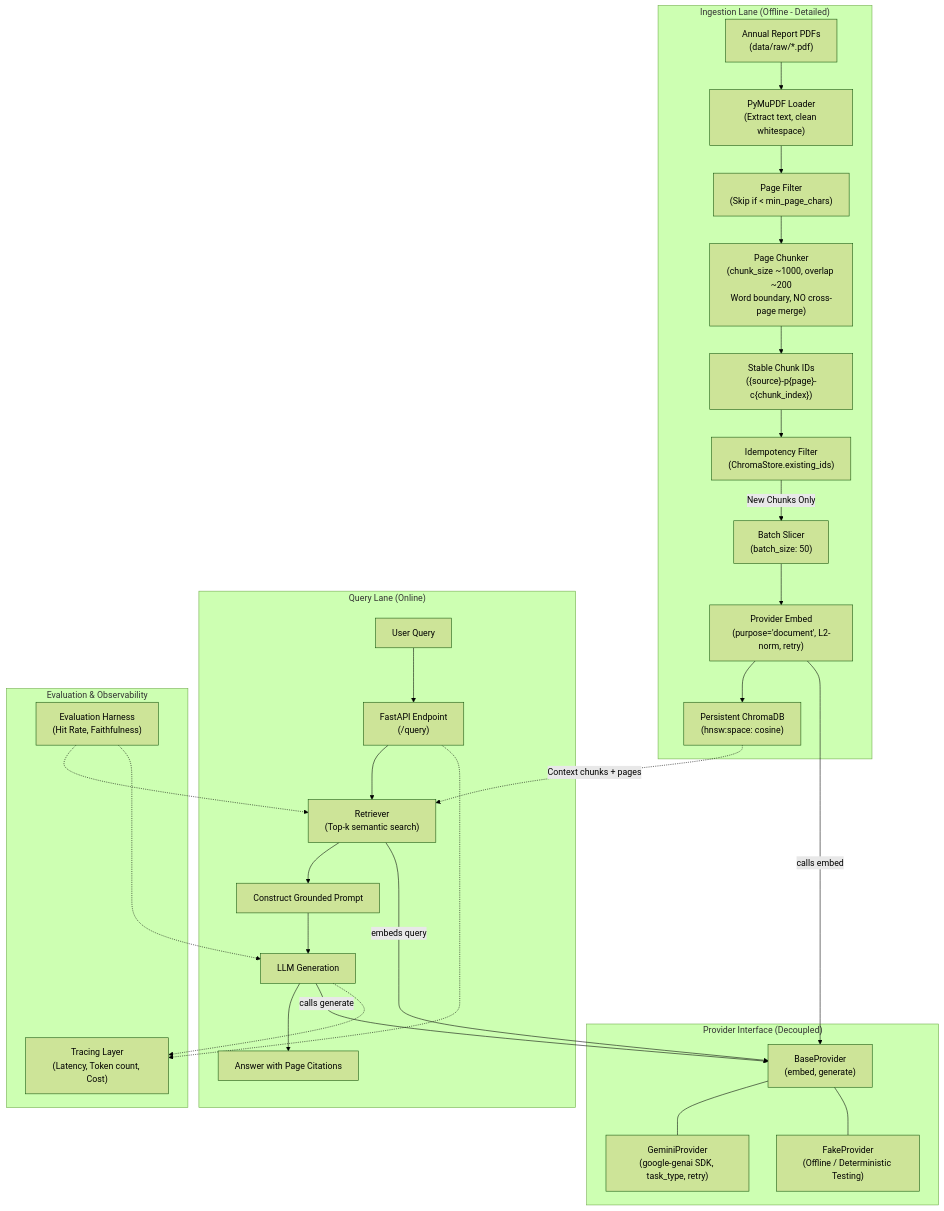
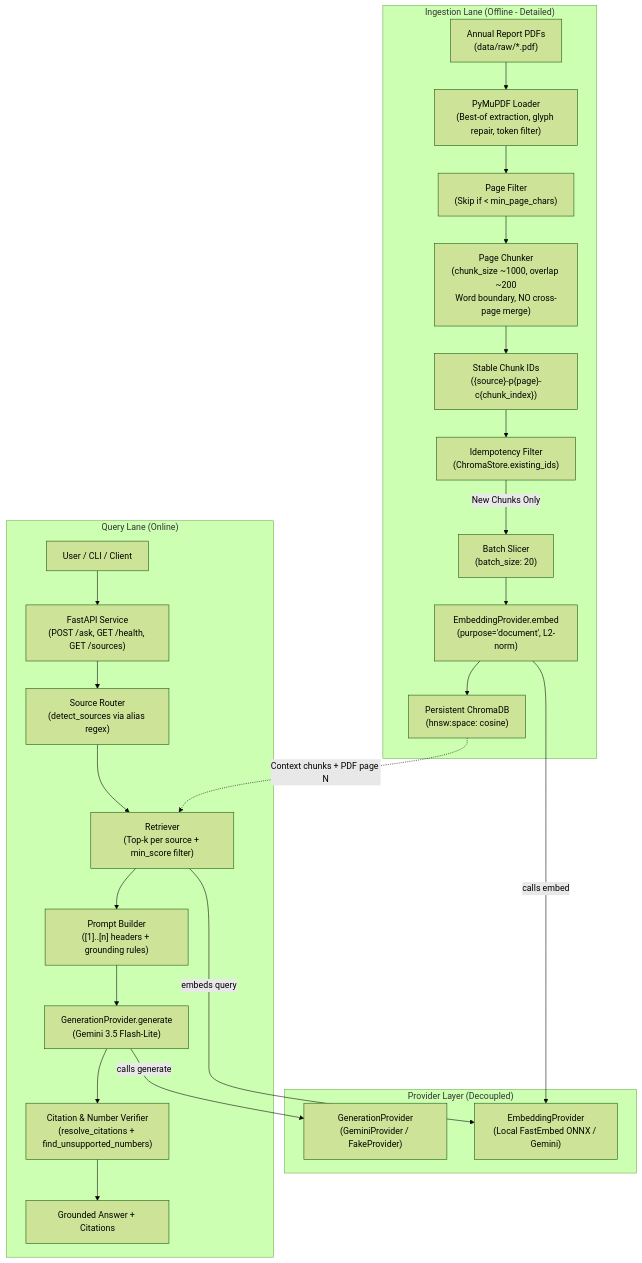
One commit to Musharraf-Bubere/annual-report-rag changed the first of 2 diagrams in docs/02-architecture.md. Above: the diagram before and after it, drawn with Mermaid (forest theme). The commit also changed other lines of this file and 29 other files, not shown here.

Commit message:
Phase 3: query pipeline and FastAPI

````diff
--- a/docs/02-architecture.md
+++ b/docs/02-architecture.md
@@ -7,46 +7,33 @@
 ```mermaid
 flowchart TD
     subgraph IngestionLane["Ingestion Lane (Offline - Detailed)"]
-        PDF["Annual Report PDFs<br/>(data/raw/*.pdf)"] --> LOAD["PyMuPDF Loader<br/>(Extract text, clean whitespace)"]
+        PDF["Annual Report PDFs<br/>(data/raw/*.pdf)"] --> LOAD["PyMuPDF Loader<br/>(Best-of extraction, glyph repair, token filter)"]
         LOAD --> FILTER["Page Filter<br/>(Skip if < min_page_chars)"]
         FILTER --> CHUNK["Page Chunker<br/>(chunk_size ~1000, overlap ~200<br/>Word boundary, NO cross-page merge)"]
         CHUNK --> IDS["Stable Chunk IDs<br/>({source}-p{page}-c{chunk_index})"]
         IDS --> DEDUP["Idempotency Filter<br/>(ChromaStore.existing_ids)"]
-        DEDUP -->|New Chunks Only| BATCH["Batch Slicer<br/>(batch_size: 50)"]
-        BATCH --> EMB_CALL["Provider Embed<br/>(purpose='document', L2-norm, retry)"]
+        DEDUP -->|New Chunks Only| BATCH["Batch Slicer<br/>(batch_size: 20)"]
+        BATCH --> EMB_CALL["EmbeddingProvider.embed<br/>(purpose='document', L2-norm)"]
         EMB_CALL --> VSTORE["Persistent ChromaDB<br/>(hnsw:space: cosine)"]
     end
 
     subgraph QueryLane["Query Lane (Online)"]
-        USER["User Query"] --> API["FastAPI Endpoint<br/>(/query)"]
-        API --> RETRIEVE["Retriever<br/>(Top-k semantic search)"]
-        VSTORE -.->|Context chunks + pages| RETRIEVE
-        RETRIEVE --> PROMPT["Construct Grounded Prompt"]
-        PROMPT --> LLM_CALL["LLM Generation"]
-        LLM_CALL --> ANSWER["Answer with Page Citations"]
+        USER["User / CLI / Client"] --> API["FastAPI Service<br/>(POST /ask, GET /health, GET /sources)"]
+        API --> ROUTER["Source Router<br/>(detect_sources via alias regex)"]
+        ROUTER --> RETRIEVE["Retriever<br/>(Top-k per source + min_score filter)"]
+        VSTORE -.->|Context chunks + PDF page N| RETRIEVE
+        RETRIEVE --> PROMPT["Prompt Builder<br/>([1]..[n] headers + grounding rules)"]
+        PROMPT --> LLM_CALL["GenerationProvider.generate<br/>(Gemini 3.5 Flash-Lite)"]
+        LLM_CALL --> VERIFY["Citation & Number Verifier<br/>(resolve_citations + find_unsupported_numbers)"]
+        VERIFY --> ANSWER["Grounded Answer + Citations"]
     end
 
-    subgraph ProviderLayer["Provider Interface (Decoupled)"]
-        BASE_PROV["BaseProvider<br/>(embed, generate)"]
-        GEMINI["GeminiProvider<br/>(google-genai SDK, task_type, retry)"]
-        FAKE["FakeProvider<br/>(Offline / Deterministic Testing)"]
-        BASE_PROV --- GEMINI
-        BASE_PROV --- FAKE
+    subgraph ProviderLayer["Provider Layer (Decoupled)"]
+        EMB_PROV["EmbeddingProvider<br/>(Local FastEmbed ONNX / Gemini)"]
+        GEN_PROV["GenerationProvider<br/>(GeminiProvider / FakeProvider)"]
     end
 
-    subgraph Observability["Evaluation & Observability"]
-        TRACING["Tracing Layer<br/>(Latency, Token count, Cost)"]
-        EVAL["Evaluation Harness<br/>(Hit Rate, Faithfulness)"]
-    end
-
-    %% Dependencies to Provider
-    EMB_CALL -->|calls embed| BASE_PROV
-    RETRIEVE -->|embeds query| BASE_PROV
-    LLM_CALL -->|calls generate| BASE_PROV
-
-    %% Observability connections
-    API -.-> TRACING
-    LLM_CALL -.-> TRACING
-    EVAL -.-> RETRIEVE
-    EVAL -.-> LLM_CALL
+    EMB_CALL -->|calls embed| EMB_PROV
+    RETRIEVE -->|embeds query| EMB_PROV
+    LLM_CALL -->|calls generate| GEN_PROV
 ```
````
